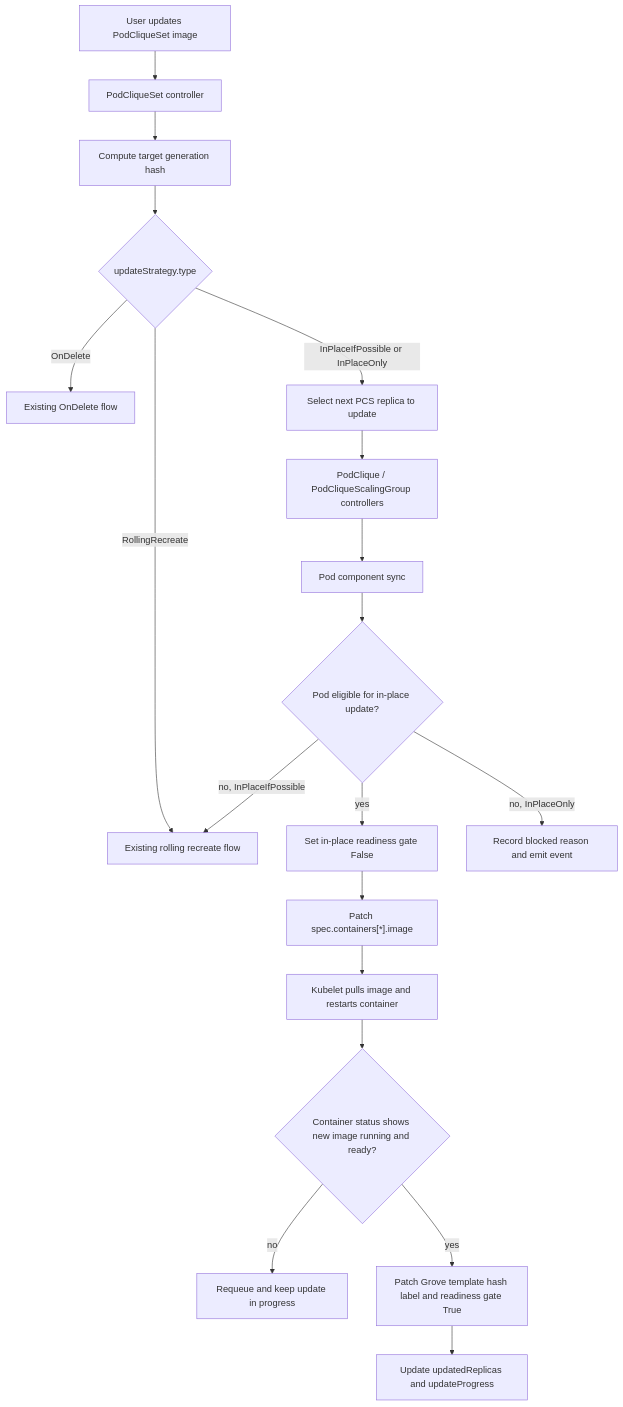
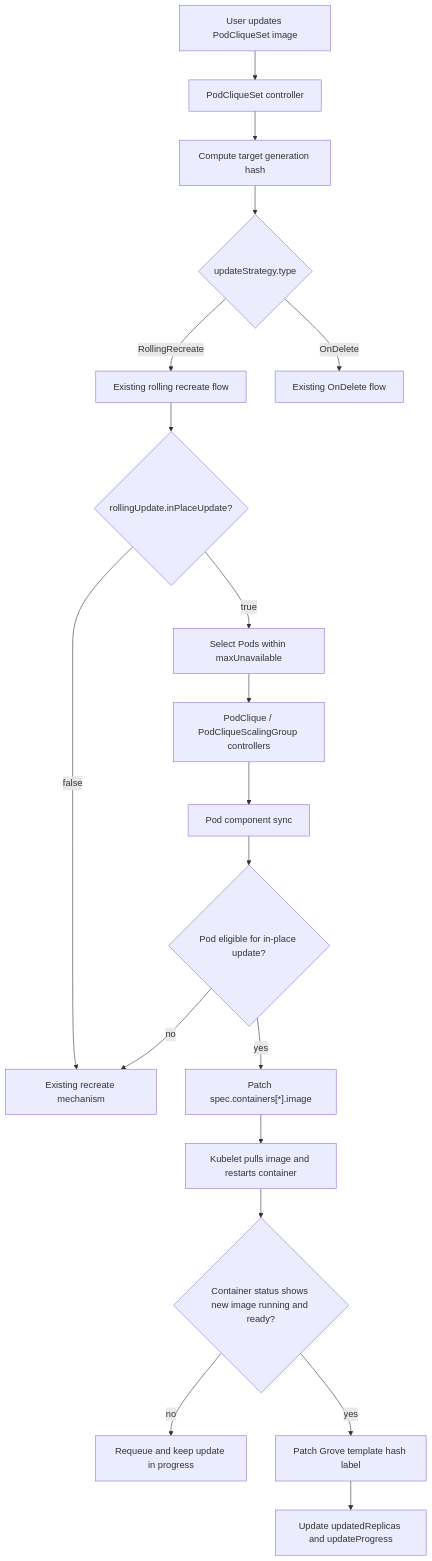
Before and after one commit to ai-dynamo/grove: the diagram in docs/proposals/292-in-place-pod-image-update/README.md, drawn with Mermaid. The commit also changed other lines of this file, not shown here.

Commit message:
Clarify in-place update CD and readiness flow

````diff
--- a/docs/proposals/292-in-place-pod-image-update/README.md
+++ b/docs/proposals/292-in-place-pod-image-update/README.md
@@ -156,21 +174,21 @@
 ```mermaid
 flowchart TD
     User["User updates PodCliqueSet image"] --> PCS["PodCliqueSet controller"]
     PCS --> Hash["Compute target generation hash"]
     Hash --> Strategy{"updateStrategy.type"}
     Strategy -->|RollingRecreate| ExistingRR["Existing rolling recreate flow"]
     Strategy -->|OnDelete| ExistingOD["Existing OnDelete flow"]
-    Strategy -->|InPlaceIfPossible or InPlaceOnly| Select["Select next PCS replica to update"]
+    ExistingRR --> InPlaceEnabled{"rollingUpdate.inPlaceUpdate?"}
+    InPlaceEnabled -->|false| ExistingRecreate["Existing recreate mechanism"]
+    InPlaceEnabled -->|true| Select["Select Pods within maxUnavailable"]
     Select --> Child["PodClique / PodCliqueScalingGroup controllers"]
     Child --> PodCtl["Pod component sync"]
     PodCtl --> Diff{"Pod eligible for in-place update?"}
-    Diff -->|yes| NotReady["Set in-place readiness gate False"]
-    NotReady --> Patch["Patch spec.containers[*].image"]
+    Diff -->|yes| Patch["Patch spec.containers[*].image"]
     Patch --> Kubelet["Kubelet pulls image and restarts container"]
     Kubelet --> Complete{"Container status shows new image running and ready?"}
     Complete -->|no| Wait["Requeue and keep update in progress"]
-    Complete -->|yes| Mark["Patch Grove template hash label and readiness gate True"]
+    Complete -->|yes| Mark["Patch Grove template hash label"]
     Mark --> Status["Update updatedReplicas and updateProgress"]
-    Diff -->|no, InPlaceIfPossible| ExistingRR
-    Diff -->|no, InPlaceOnly| Blocked["Record blocked reason and emit event"]
+    Diff -->|no| ExistingRecreate
 ```
````
